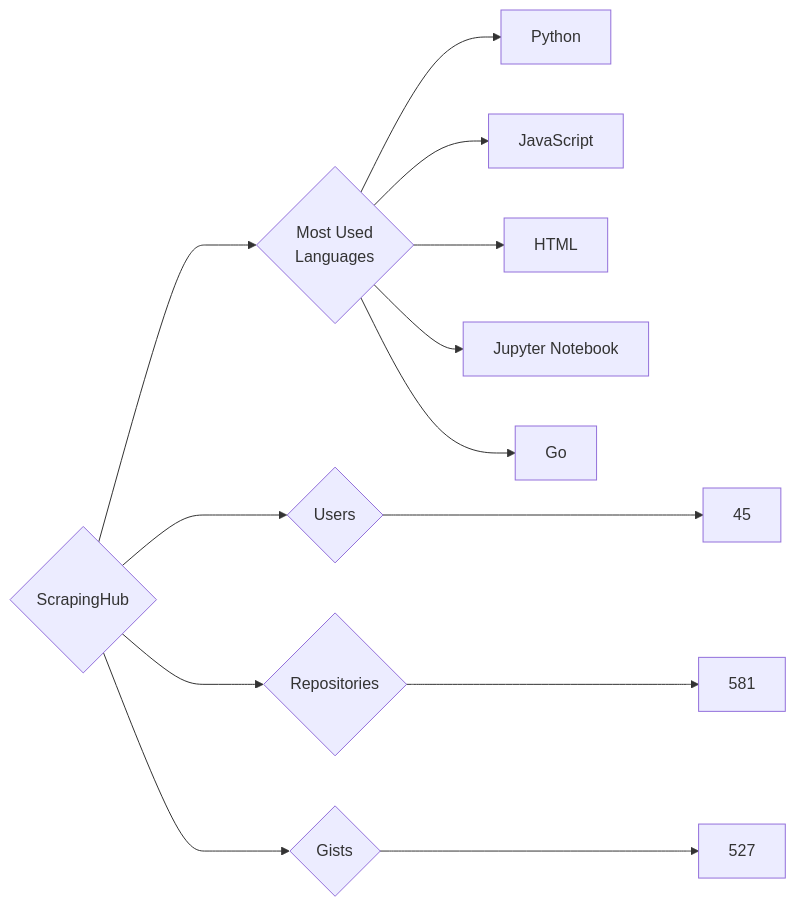
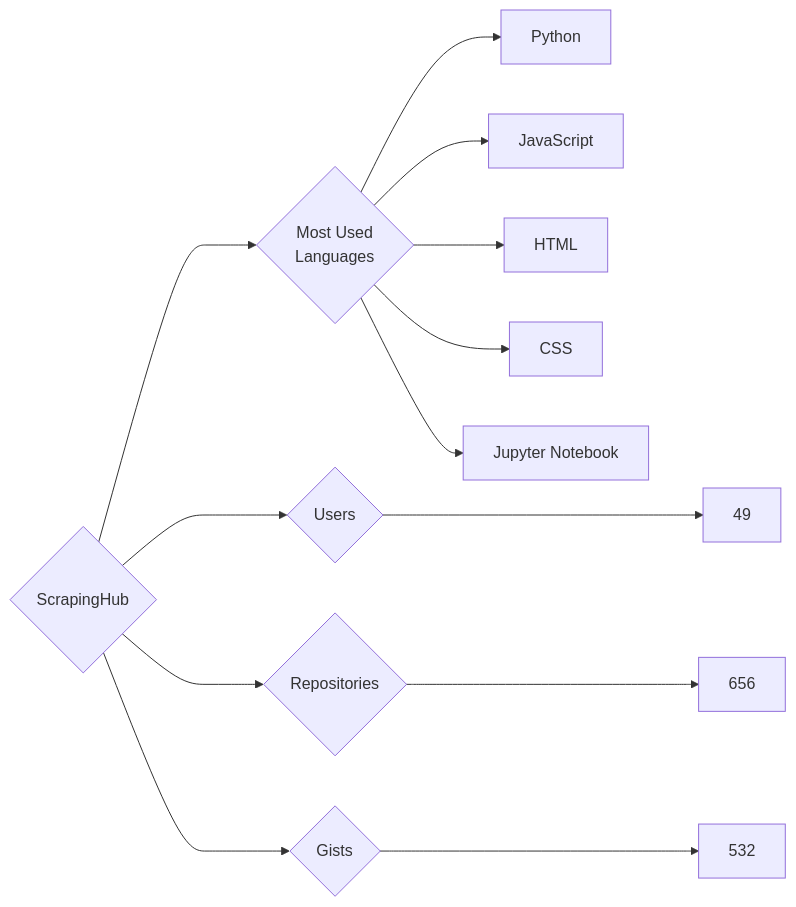
One commit to trickest/insiders changed the diagram in targets/ScrapingHub/README.md. Above: the diagram before and after it, drawn with Mermaid. The commit also changed 928 other files, not shown here.

````diff
--- a/targets/ScrapingHub/README.md
+++ b/targets/ScrapingHub/README.md
@@ -3,13 +3,13 @@
 ```mermaid
 graph LR
 COMPANY_NAME{ScrapingHub}
-COMPANY_NAME ---> U{Users} ---> UN[45]
-COMPANY_NAME ---> R{Repositories} ---> RN[581]
-COMPANY_NAME ---> G{Gists} ---> GN[527]
+COMPANY_NAME ---> U{Users} ---> UN[49]
+COMPANY_NAME ---> R{Repositories} ---> RN[656]
+COMPANY_NAME ---> G{Gists} ---> GN[532]
 COMPANY_NAME ---> ML{Most Used<br>Languages}
 ML --> Python[Python]
 ML --> JavaScript[JavaScript]
 ML --> HTML[HTML]
+ML --> CSS[CSS]
 ML --> Jupyter_Notebook[Jupyter Notebook]
-ML --> Go[Go]
 ```
````
